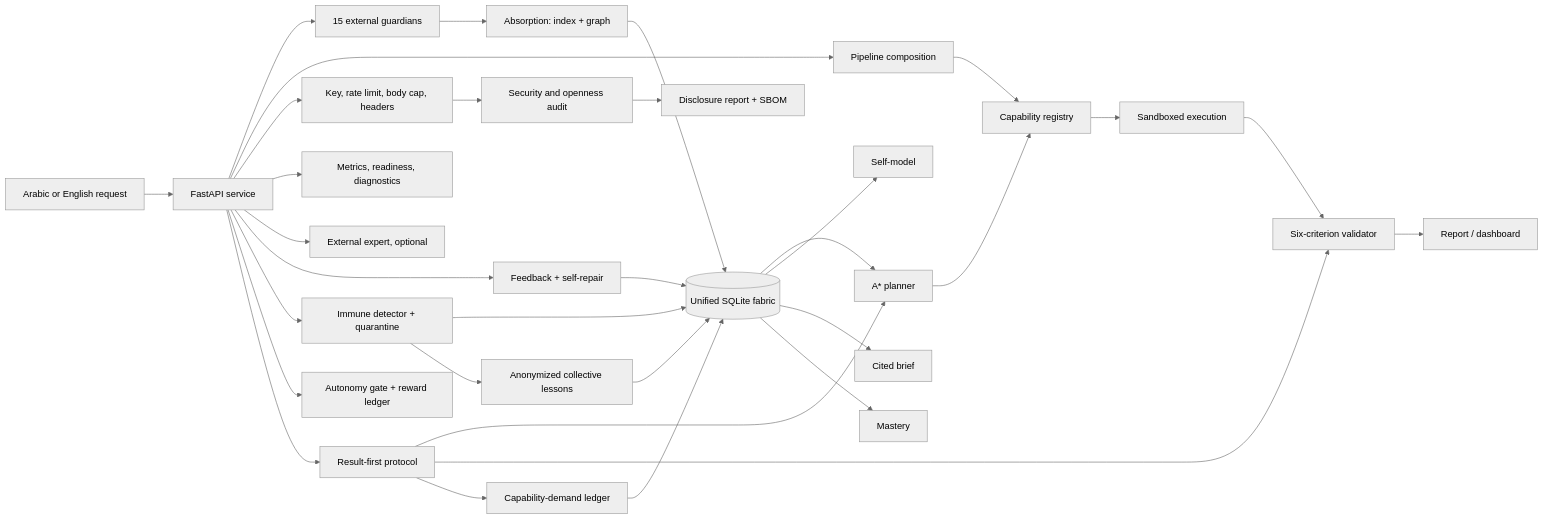
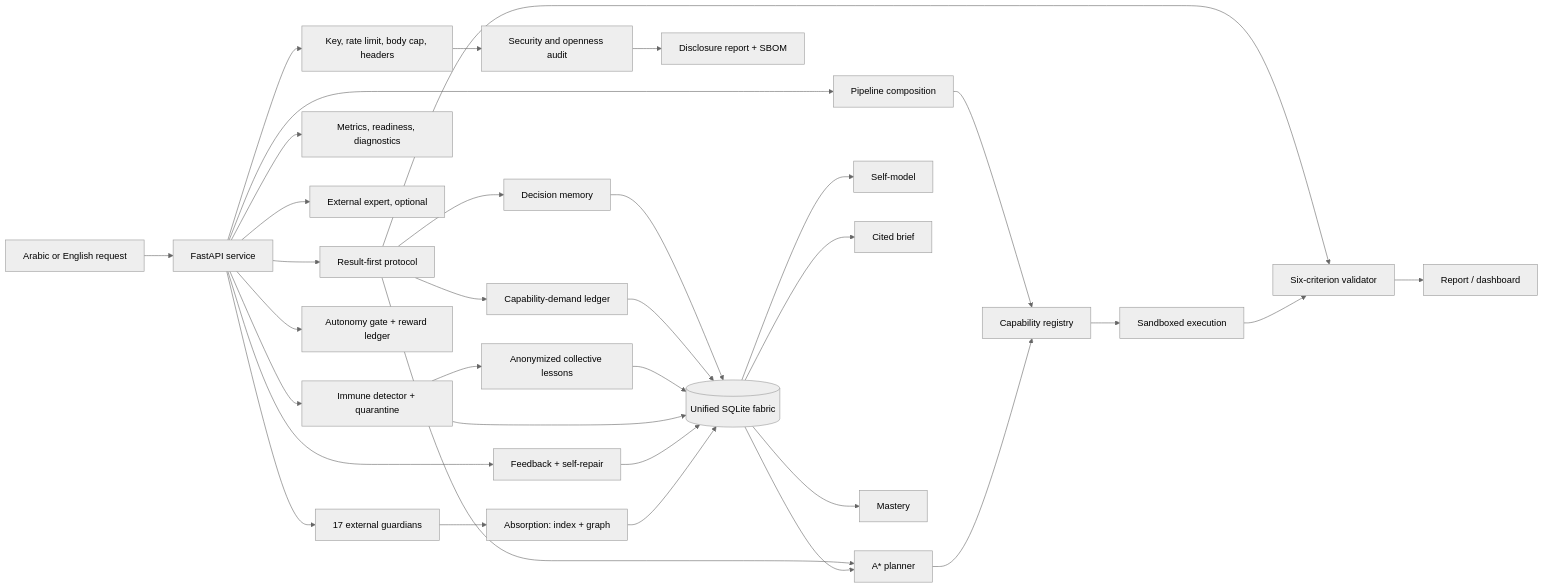
The diagram in docs/ARCHITECTURE.md (mansourhashad8-tech/sovereign-fabric), drawn with Mermaid (neutral theme) before and after one commit. The commit also changed other lines of this file and 12 other files, not shown here.

First line of the commit message:
Add hybrid retrieval, decision memory, and two more guardians

````diff
--- a/docs/ARCHITECTURE.md
+++ b/docs/ARCHITECTURE.md
@@ -3,34 +3,36 @@
 ```mermaid
 flowchart LR
   U[Arabic or English request] --> API[FastAPI service]
-  API --> G[15 external guardians]
+  API --> G[17 external guardians]
   G --> A[Absorption: index + graph]
   A --> F[(Unified SQLite fabric)]
   F --> P[A* planner]
   P --> C[Capability registry]
   C --> X[Sandboxed execution]
   API --> PL[Pipeline composition]
   PL --> C
   X --> V[Six-criterion validator]
   V --> R[Report / dashboard]
   F --> S[Self-model]
   F --> B[Cited brief]
   F --> M[Mastery]
   API --> GUARD[Key, rate limit, body cap, headers]
   API --> OPS[Metrics, readiness, diagnostics]
   API --> EX[External expert, optional]
   API --> FB[Feedback + self-repair]
   FB --> F
   API --> IM[Immune detector + quarantine]
   IM --> F
   IM --> CO[Anonymized collective lessons]
   CO --> F
   API --> AU[Autonomy gate + reward ledger]
   API --> PR[Result-first protocol]
   PR --> P
   PR --> V
   PR --> GP[Capability-demand ledger]
   GP --> F
+  PR --> DM[Decision memory]
+  DM --> F
   GUARD --> SEC[Security and openness audit]
   SEC --> D[Disclosure report + SBOM]
 ```
````
